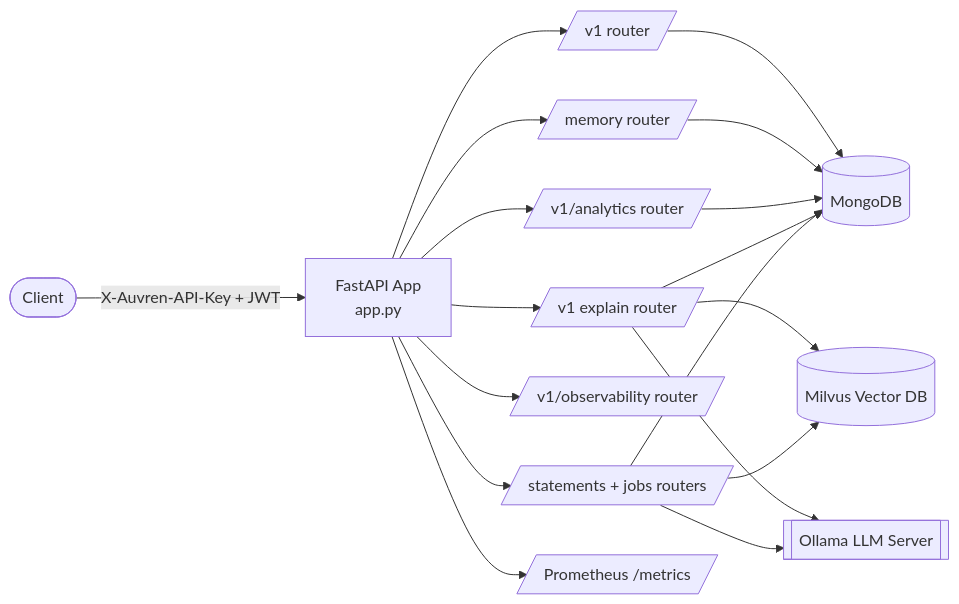
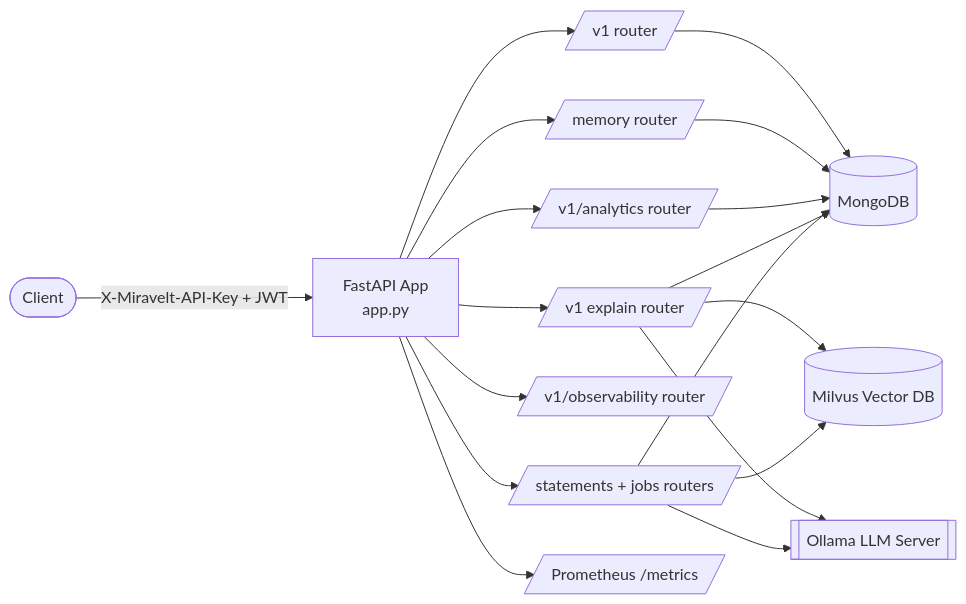
Before and after one commit to lokeshramchand-ctrl/miravelt: the diagram in docs/README.md, drawn with Mermaid. The commit also changed other lines of this file and 33 other files, not shown here.

First line of the commit message:
docs: rename Auvren to Miravelt and document the icons and avatars

````diff
--- a/docs/README.md
+++ b/docs/README.md
@@ -40,20 +40,20 @@
 ```mermaid
 flowchart LR
-    Client([Client]) -->|X-Auvren-API-Key + JWT| API[FastAPI App<br/>app.py]
+    Client([Client]) -->|X-Miravelt-API-Key + JWT| API[FastAPI App<br/>app.py]
     API --> V1[/v1 router/]
     API --> MEM[/memory router/]
     API --> ANA[/v1/analytics router/]
     API --> RAG[/v1 explain router/]
     API --> OBS[/v1/observability router/]
     API --> STMT[/statements + jobs routers/]
     V1 --> Mongo[(MongoDB)]
     MEM --> Mongo
     ANA --> Mongo
     RAG --> Mongo
     RAG --> Milvus[(Milvus Vector DB)]
     RAG --> Ollama[[Ollama LLM Server]]
     STMT --> Mongo
     STMT --> Milvus
     STMT --> Ollama
     API --> Prom[/Prometheus /metrics/]
 ```
````
